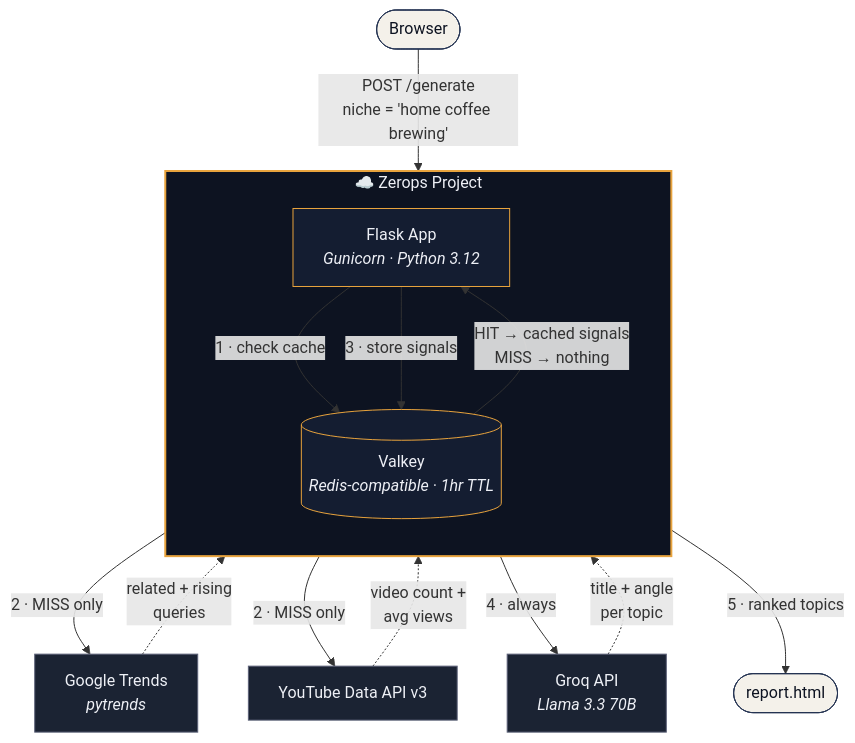
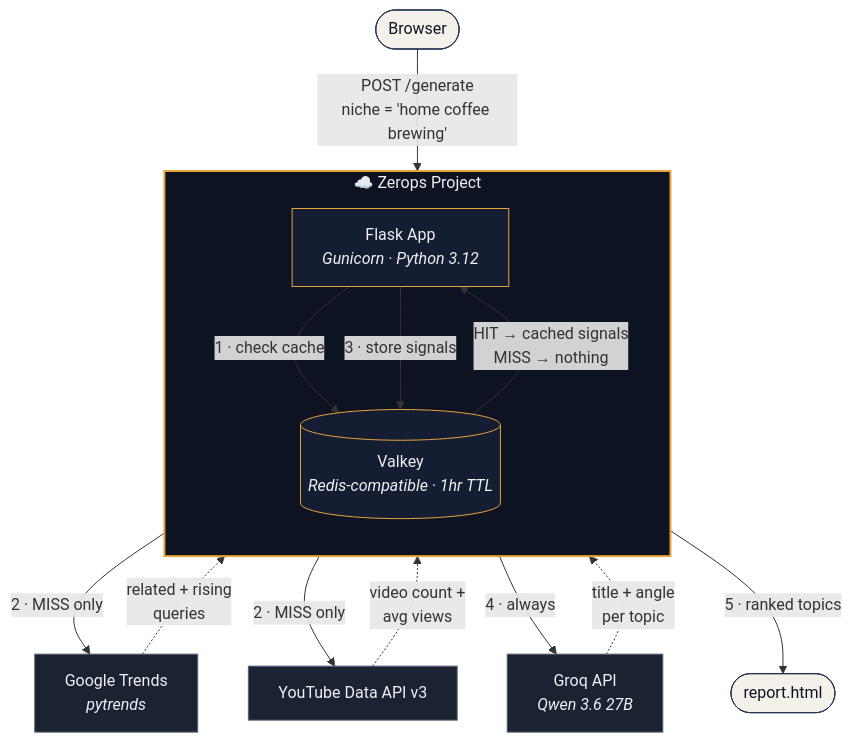
Before and after one commit to mauryasagar/signal: the first of 2 diagrams in README.md, drawn with Mermaid. The commit also changed other lines of this file and 3 other files, not shown here.

Commit message:
fix: migrate from Llama 3.3 70B to Qwen 3.6 27B (Groq deprecation Aug 16)

````diff
--- a/README.md
+++ b/README.md
@@ -35,32 +35,32 @@
 ```mermaid
 flowchart TB
     User(["Browser"]) -->|"POST /generate<br/>niche = 'home coffee brewing'"| App
 
     subgraph Zerops["☁️ Zerops Project"]
         direction TB
         App["Flask App<br/><i>Gunicorn · Python 3.12</i>"]
         Cache[("Valkey<br/><i>Redis-compatible · 1hr TTL</i>")]
         App -->|"1 · check cache"| Cache
         Cache -->|"HIT → cached signals<br/>MISS → nothing"| App
         App -->|"3 · store signals"| Cache
     end
 
     App -->|"2 · MISS only"| Trends["Google Trends<br/><i>pytrends</i>"]
     App -->|"2 · MISS only"| YT["YouTube Data API v3"]
-    App -->|"4 · always"| Groq["Groq API<br/><i>Llama 3.3 70B</i>"]
+    App -->|"4 · always"| Groq["Groq API<br/><i>Qwen 3.6 27B</i>"]
 
     Trends -.->|"related + rising<br/>queries"| App
     YT -.->|"video count +<br/>avg views"| App
     Groq -.->|"title + angle<br/>per topic"| App
 
     App -->|"5 · ranked topics"| Report(["report.html"])
 
     style Zerops fill:#0d1321,stroke:#e8a33d,stroke-width:2px,color:#eef0f6
     style App fill:#141d31,stroke:#e8a33d,color:#eef0f6
     style Cache fill:#141d31,stroke:#e8a33d,color:#eef0f6
     style User fill:#f4f1ea,stroke:#253453,color:#0d1321
     style Report fill:#f4f1ea,stroke:#253453,color:#0d1321
     style Trends fill:#1b2333,stroke:#5c6178,color:#eef0f6
     style YT fill:#1b2333,stroke:#5c6178,color:#eef0f6
     style Groq fill:#1b2333,stroke:#5c6178,color:#eef0f6
 ```
````
